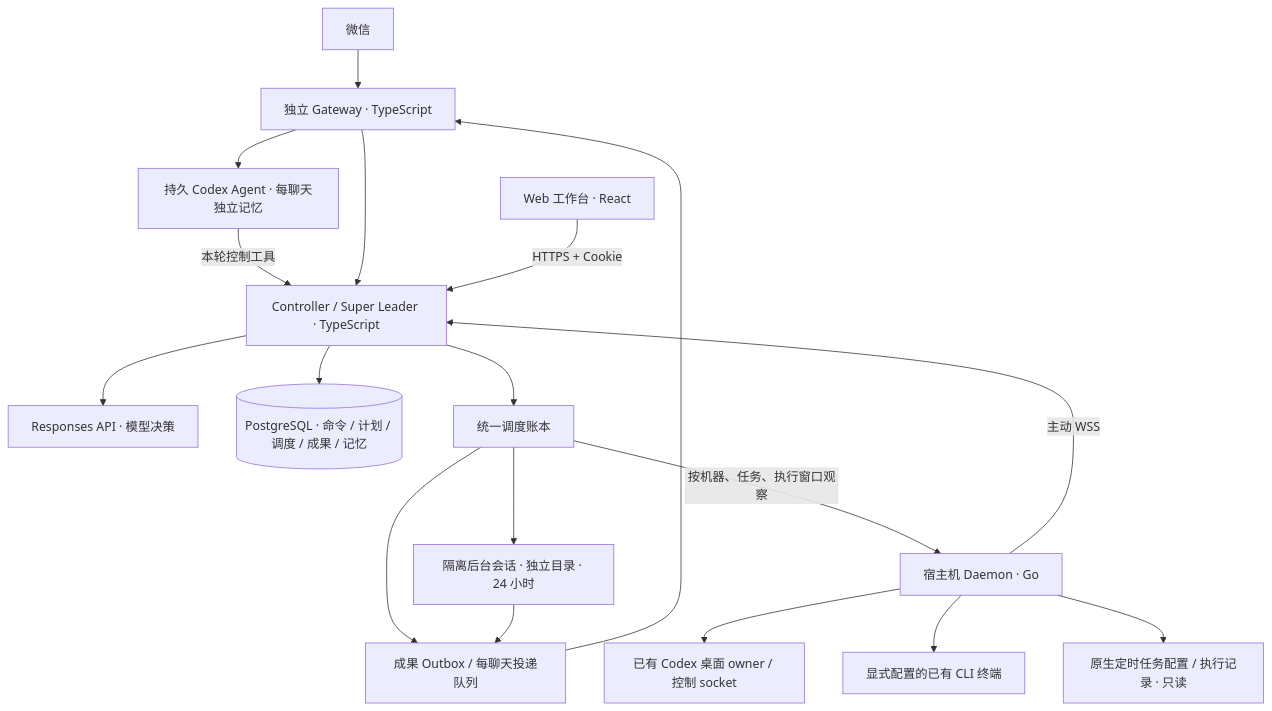
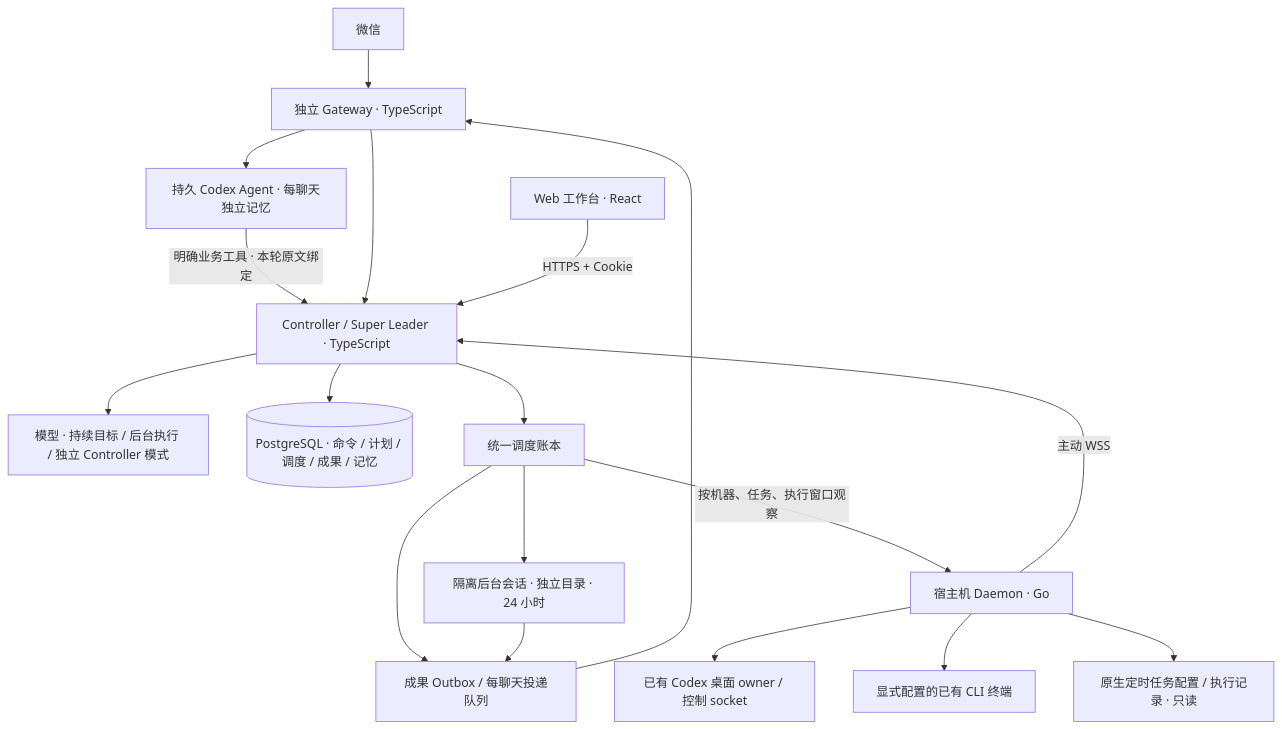
One commit to TaoSama/wechat-super-leader-bot changed the diagram in README.md. Above: the diagram before and after it, drawn with Mermaid. The commit also changed other lines of this file and 64 other files, not shown here.

````diff
--- a/README.md
+++ b/README.md
@@ -8,20 +8,20 @@
 ```mermaid
 flowchart TB
   WX["微信"] --> GW["独立 Gateway · TypeScript"]
   GW --> CA["持久 Codex Agent · 每聊天独立记忆"]
-  CA -->|本轮控制工具| C
+  CA -->|明确业务工具 · 本轮原文绑定| C
   GW --> C["Controller / Super Leader · TypeScript"]
   W["Web 工作台 · React"] -->|HTTPS + Cookie| C
-  C --> M["Responses API · 模型决策"]
+  C --> M["模型 · 持续目标 / 后台执行 / 独立 Controller 模式"]
   C --> PG[("PostgreSQL · 命令 / 计划 / 调度 / 成果 / 记忆")]
   C --> A["统一调度账本"]
   A --> B["隔离后台会话 · 独立目录 · 24 小时"]
   A --> Q["成果 Outbox / 每聊天投递队列"]
   B --> Q
   Q --> GW
   D["宿主机 Daemon · Go"] -->|主动 WSS| C
   D --> O["已有 Codex 桌面 owner / 控制 socket"]
   D --> T["显式配置的已有 CLI 终端"]
   D --> R["原生定时任务配置 / 执行记录 · 只读"]
   A -->|按机器、任务、执行窗口观察| D
 ```
````
